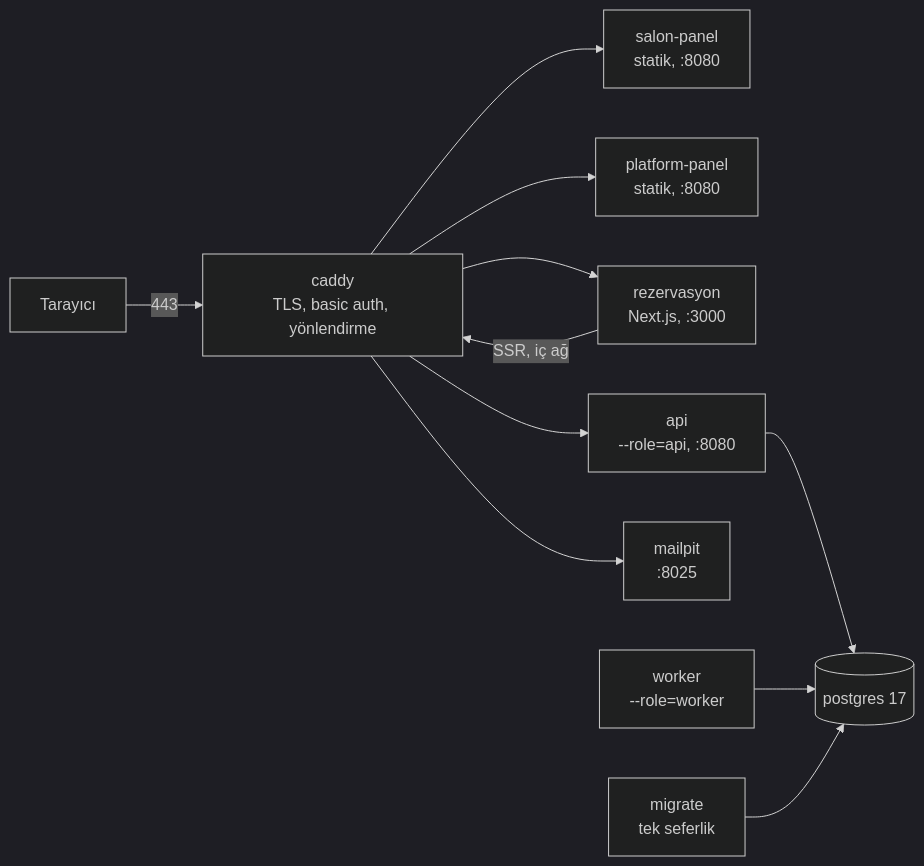
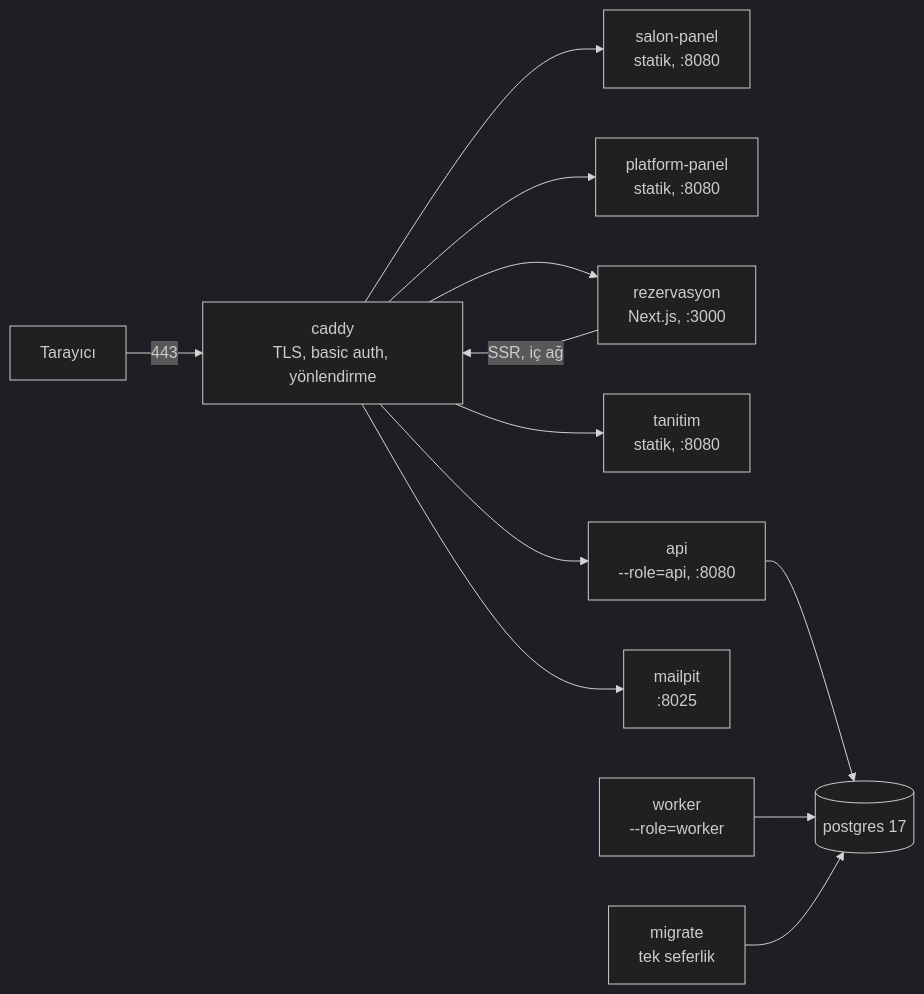
The diagram in docs/mimari/test-ortami.md (sefabarlas/omvila), drawn with Mermaid (dark theme) before and after one commit. The commit also changed other lines of this file and 66 other files, not shown here.

````diff
--- a/docs/mimari/test-ortami.md
+++ b/docs/mimari/test-ortami.md
@@ -29,13 +30,14 @@
 ```mermaid
 flowchart LR
   U[Tarayıcı] -->|443| C[caddy<br/>TLS, basic auth, yönlendirme]
   C --> SP[salon-panel<br/>statik, :8080]
   C --> PP[platform-panel<br/>statik, :8080]
   C --> RZ[rezervasyon<br/>Next.js, :3000]
+  C --> TN[tanitim<br/>statik, :8080]
   C --> API[api<br/>--role=api, :8080]
   C --> MP[mailpit<br/>:8025]
   RZ -->|SSR, iç ağ| C
   API --> PG[(postgres 17)]
   W[worker<br/>--role=worker] --> PG
   M[migrate<br/>tek seferlik] --> PG
 ```
````
